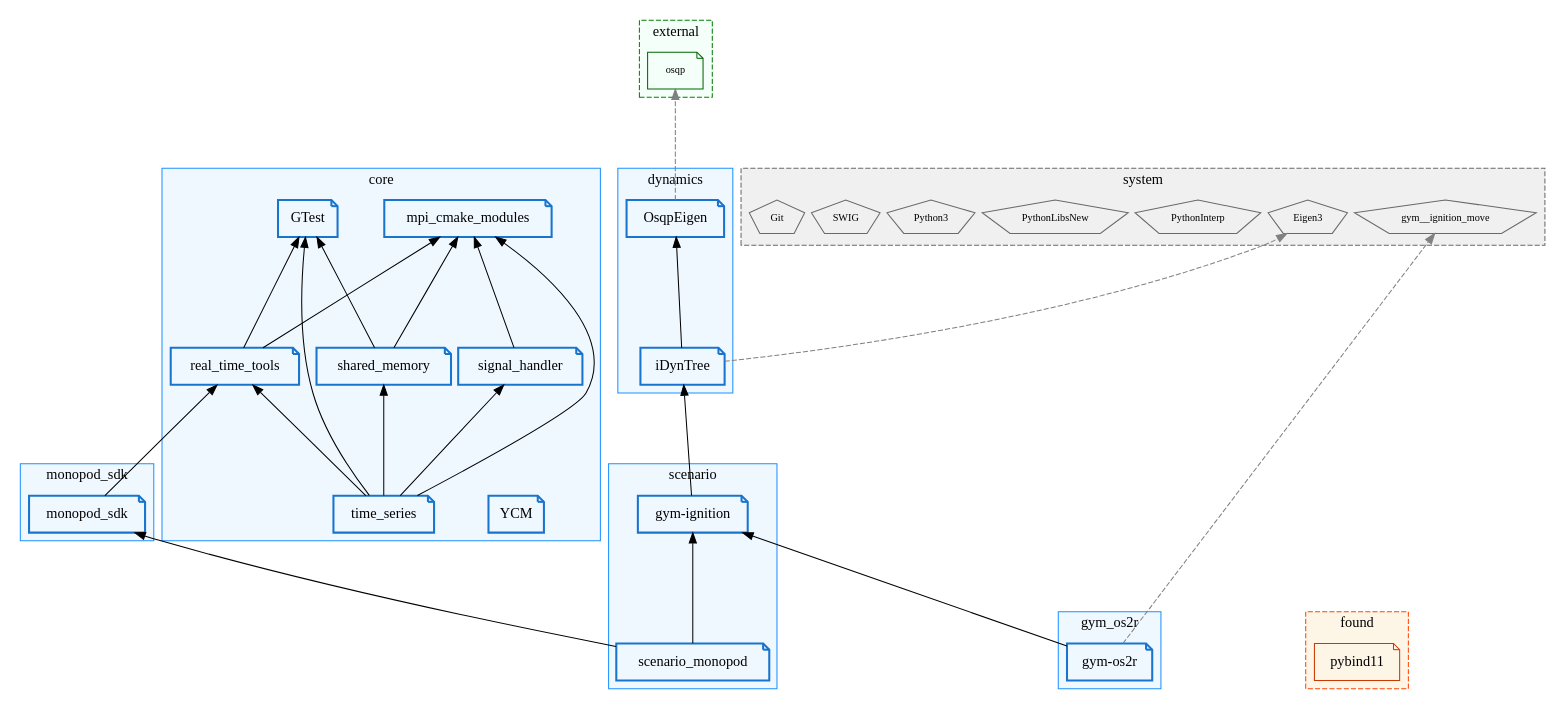
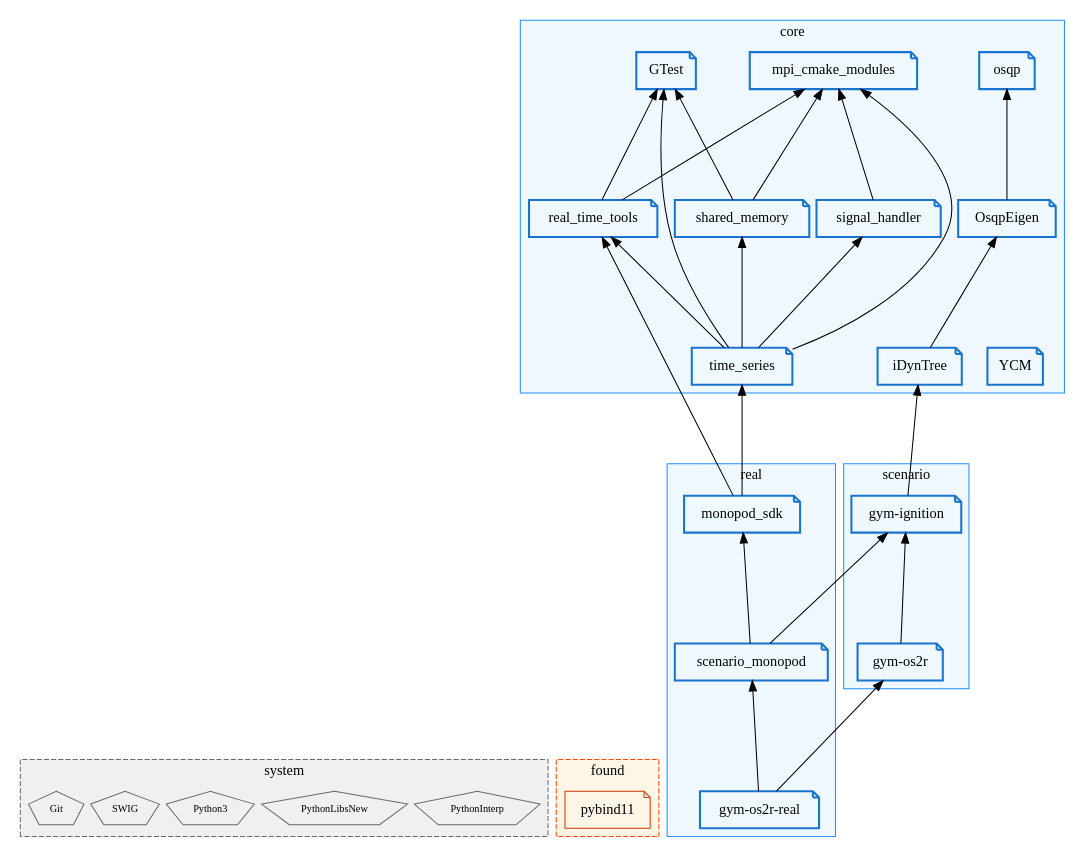
Before and after one commit to OpenSim2Real/os2r-superbuild: the diagram in docs/sphinx/open_sim2real/physical_monopod/superbuild/os2r-superbuild.dot, drawn with Graphviz. The commit also changed 12 other files, not shown here.

```diff
--- a/docs/sphinx/open_sim2real/physical_monopod/superbuild/os2r-superbuild.dot
+++ b/docs/sphinx/open_sim2real/physical_monopod/superbuild/os2r-superbuild.dot
@@ -1,129 +1,98 @@
 digraph os2r__superbuild {
   graph [ranksep="1.5", nodesep="0.1" rankdir="BT"];
 
   subgraph cluster_system {
     label="system";
     labelloc="b";
     fontname="monospace:bold";
     style="dashed";
     color="dimgray";
     bgcolor="gray94";
     node [shape="pentagon", color="dimgray", fontsize="10"];
 
-    Eigen3
-    gym__ignition_move
     PythonInterp
     PythonLibsNew
     Python3
     SWIG
     Git
   }
 
   subgraph cluster_found_on_system {
     label="found";
     labelloc="b";
     fontname="monospace:bold";
     style="dashed";
     color="orangered1";
     bgcolor="oldlace";
     node [shape="note", color="orangered3"];
 
     pybind11 [shape="note"]
   }
 
-  subgraph cluster_external {
-    label="external";
-    labelloc="b";
-    fontname="monospace:bold";
-    style="dashed";
-    color="green";
-    bgcolor="mintcream";
-    node [shape="note", color="darkgreen", fontsize="10"];
-
-    osqp [label="osqp"]
-  }
-
   subgraph cluster_core {
     label="core";
     labelloc="b";
     fontname="monospace:bold";
     color="dodgerblue1";
     bgcolor = "aliceblue";
     node [style="bold", shape="note", color="dodgerblue3"];
 
     YCM [label="YCM"]
     mpi_cmake_modules [label="mpi_cmake_modules"]
     GTest [label="GTest"]
     real_time_tools [label="real_time_tools"]
     signal_handler [label="signal_handler"]
     shared_memory [label="shared_memory"]
     time_series [label="time_series"]
+    osqp [label="osqp"]
+    OsqpEigen [label="OsqpEigen"]
+    iDynTree [label="iDynTree"]
   }
 
-  subgraph cluster_monopod_sdk {
-    label="monopod_sdk";
+  subgraph cluster_real {
+    label="real";
     labelloc="b";
     fontname="monospace:bold";
     color="dodgerblue1";
     bgcolor = "aliceblue";
     node [style="bold", shape="note", color="dodgerblue3"];
 
     monopod_sdk [label="monopod_sdk"]
-  }
-
-  subgraph cluster_dynamics {
-    label="dynamics";
-    labelloc="b";
-    fontname="monospace:bold";
-    color="dodgerblue1";
-    bgcolor = "aliceblue";
-    node [style="bold", shape="note", color="dodgerblue3"];
-
-    OsqpEigen [label="OsqpEigen"]
-    iDynTree [label="iDynTree"]
+    scenario_monopod [label="scenario_monopod"]
+    gym__os2r__real [label="gym-os2r-real"]
   }
 
   subgraph cluster_scenario {
     label="scenario";
     labelloc="b";
     fontname="monospace:bold";
     color="dodgerblue1";
     bgcolor = "aliceblue";
     node [style="bold", shape="note", color="dodgerblue3"];
 
     gym__ignition [label="gym-ignition"]
-    scenario_monopod [label="scenario_monopod"]
-  }
-
-  subgraph cluster_gym_os2r {
-    label="gym_os2r";
-    labelloc="b";
-    fontname="monospace:bold";
-    color="dodgerblue1";
-    bgcolor = "aliceblue";
-    node [style="bold", shape="note", color="dodgerblue3"];
-
     gym__os2r [label="gym-os2r"]
   }
 
 
   real_time_tools -> mpi_cmake_modules;
   real_time_tools -> GTest;
   signal_handler -> mpi_cmake_modules;
   shared_memory -> mpi_cmake_modules;
   shared_memory -> GTest;
   time_series -> shared_memory;
   time_series -> mpi_cmake_modules;
   time_series -> signal_handler;
   time_series -> real_time_tools;
   time_series -> GTest;
   monopod_sdk -> real_time_tools;
-  OsqpEigen -> osqp [color="gray", style="dashed"];
+  monopod_sdk -> time_series;
+  OsqpEigen -> osqp;
   iDynTree -> OsqpEigen;
-  iDynTree -> Eigen3 [color="gray" style="dashed"];
   gym__ignition -> iDynTree;
   scenario_monopod -> gym__ignition;
   scenario_monopod -> monopod_sdk;
   gym__os2r -> gym__ignition;
-  gym__os2r -> gym__ignition_move [color="gray" style="dashed"];
+  gym__os2r__real -> gym__os2r;
+  gym__os2r__real -> scenario_monopod;
 }
```
